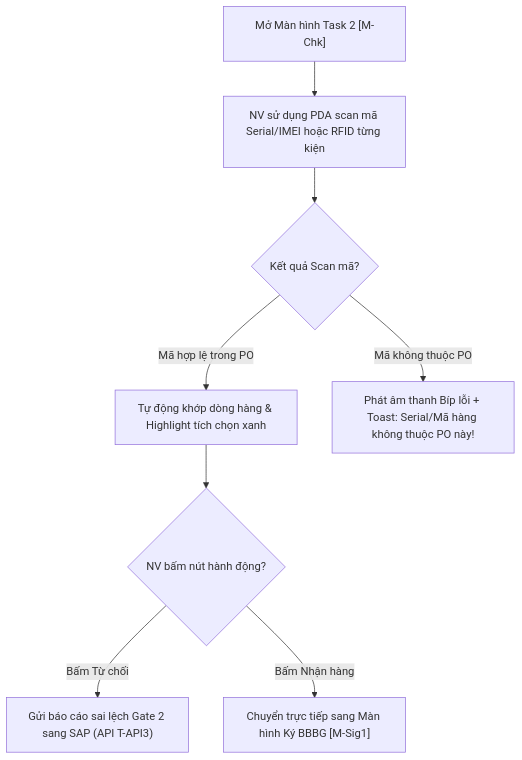
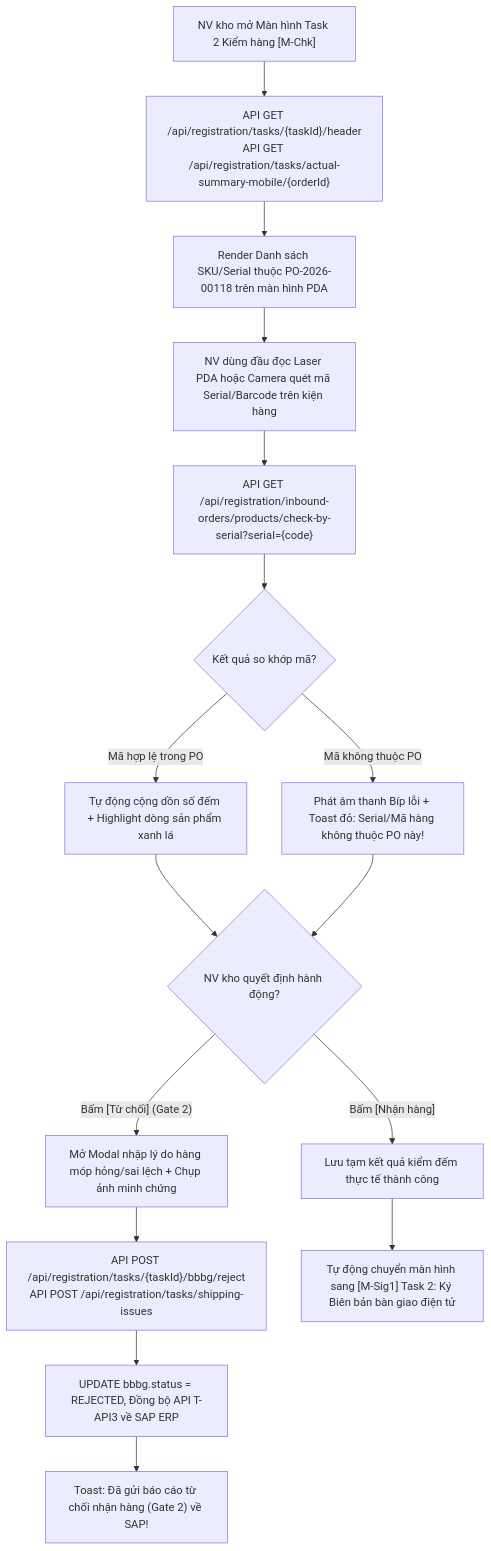
One commit to EdwardTran04/Project_Management changed the fifth of 11 diagrams in ba/documents/srs/new/SRS_MM.10A_QuyTrinh_Va_ManHinh_Task_NhapKho_NCC_Mobile_v1.0.0.md. Above: the diagram before and after it, drawn with Mermaid. The commit also changed other lines of this file and 38 other files, not shown here.

Commit message:
Cập nhập sprint, tài liệu có tích hợp API

````diff
--- a/ba/documents/srs/new/SRS_MM.10A_QuyTrinh_Va_ManHinh_Task_NhapKho_NCC_Mobile_v1.0.0.md
+++ b/ba/documents/srs/new/SRS_MM.10A_QuyTrinh_Va_ManHinh_Task_NhapKho_NCC_Mobile_v1.0.0.md
@@ -390,10 +530,23 @@
 ```mermaid
 flowchart TD
-    A["Mở Màn hình Task 2 [M-Chk]"] --> B["NV sử dụng PDA scan mã Serial/IMEI hoặc RFID từng kiện"]
-    B --> C{"Kết quả Scan mã?"}
-    C -- Mã hợp lệ trong PO --> D["Tự động khớp dòng hàng & Highlight tích chọn xanh"]
-    C -- Mã không thuộc PO --> E["Phát âm thanh Bíp lỗi + Toast: Serial/Mã hàng không thuộc PO này!"]
-    D --> F{"NV bấm nút hành động?"}
-    F -- Bấm Từ chối --> G["Gửi báo cáo sai lệch Gate 2 sang SAP (API T-API3)"]
-    F -- Bấm Nhận hàng --> H["Chuyển trực tiếp sang Màn hình Ký BBBG [M-Sig1]"]
+    A["NV kho mở Màn hình Task 2 Kiểm hàng [M-Chk]"] --> B["API GET /api/registration/tasks/{taskId}/header<br>API GET /api/registration/tasks/actual-summary-mobile/{orderId}"]
+    B --> C["Render Danh sách SKU/Serial thuộc PO-2026-00118 trên màn hình PDA"]
+    
+    C --> D["NV dùng đầu đọc Laser PDA hoặc Camera quét mã Serial/Barcode trên kiện hàng"]
+    D --> E["API GET /api/registration/inbound-orders/products/check-by-serial?serial={code}"]
+    
+    E --> F{"Kết quả so khớp mã?"}
+    F -- Mã hợp lệ trong PO --> G["Tự động cộng dồn số đếm + Highlight dòng sản phẩm xanh lá"]
+    F -- Mã không thuộc PO --> H["Phát âm thanh Bíp lỗi + Toast đỏ: Serial/Mã hàng không thuộc PO này!"]
+    
+    G --> I{"NV kho quyết định hành động?"}
+    H --> I
+    
+    I -- Bấm [Từ chối] (Gate 2) --> J["Mở Modal nhập lý do hàng móp hỏng/sai lệch + Chụp ảnh minh chứng"]
+    J --> K["API POST /api/registration/tasks/{taskId}/bbbg/reject<br>API POST /api/registration/tasks/shipping-issues"]
+    K --> L["UPDATE bbbg.status = REJECTED, Đồng bộ API T-API3 về SAP ERP"]
+    L --> M["Toast: Đã gửi báo cáo từ chối nhận hàng (Gate 2) về SAP!"]
+
+    I -- Bấm [Nhận hàng] --> N["Lưu tạm kết quả kiểm đếm thực tế thành công"]
+    N --> O["Tự động chuyển màn hình sang [M-Sig1] Task 2: Ký Biên bản bàn giao điện tử"]
 ```
````
